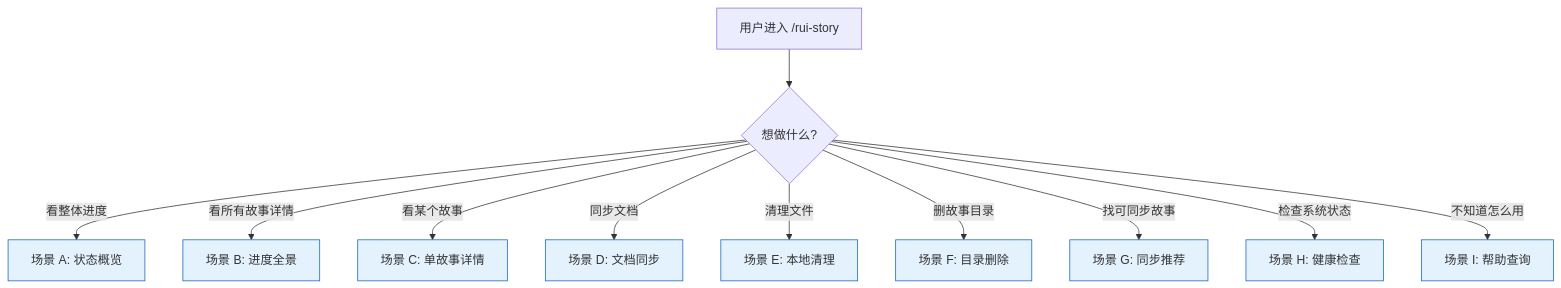
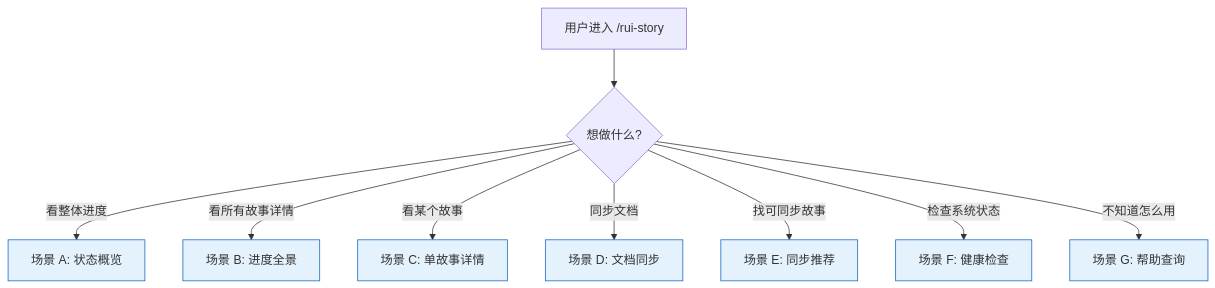
The first of 8 diagrams in docs/故事任务面板/rui-story/YrY-使用场景.md (effiy/YrY), drawn with Mermaid before and after one commit. The commit also changed other lines of this file and 129 other files, not shown here.

````diff
--- a/docs/故事任务面板/rui-story/YrY-使用场景.md
+++ b/docs/故事任务面板/rui-story/YrY-使用场景.md
@@ -30,17 +30,15 @@
 ```mermaid
 flowchart TD
     ENTRY["用户进入 /rui-story"] --> Q1{"想做什么?"}
     Q1 -->|"看整体进度"| S1["场景 A: 状态概览"]
     Q1 -->|"看所有故事详情"| S2["场景 B: 进度全景"]
     Q1 -->|"看某个故事"| S3["场景 C: 单故事详情"]
     Q1 -->|"同步文档"| S4["场景 D: 文档同步"]
-    Q1 -->|"清理文件"| S5["场景 E: 本地清理"]
-    Q1 -->|"删故事目录"| S6["场景 F: 目录删除"]
-    Q1 -->|"找可同步故事"| S7["场景 G: 同步推荐"]
-    Q1 -->|"检查系统状态"| S8["场景 H: 健康检查"]
-    Q1 -->|"不知道怎么用"| S9["场景 I: 帮助查询"]
+    Q1 -->|"找可同步故事"| S5["场景 E: 同步推荐"]
+    Q1 -->|"检查系统状态"| S6["场景 F: 健康检查"]
+    Q1 -->|"不知道怎么用"| S7["场景 G: 帮助查询"]
 
     classDef entry fill:#fff3e0,stroke:#e65100;
     classDef scene fill:#e3f2fd,stroke:#1565c0;
-    class S1,S2,S3,S4,S5,S6,S7,S8,S9 scene;
+    class S1,S2,S3,S4,S5,S6,S7 scene;
 ```
````
